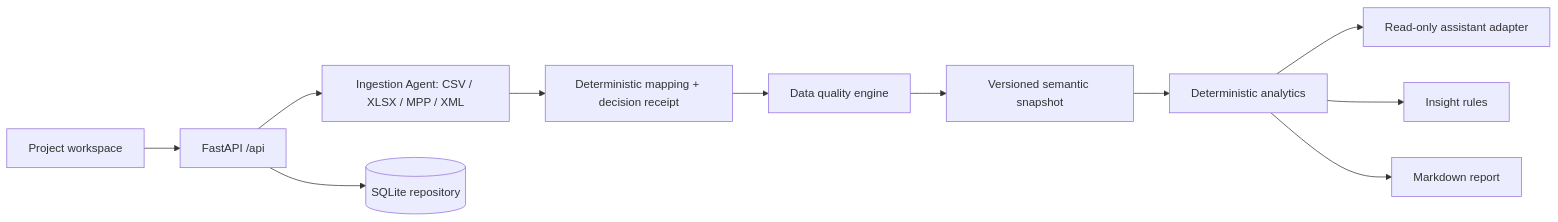
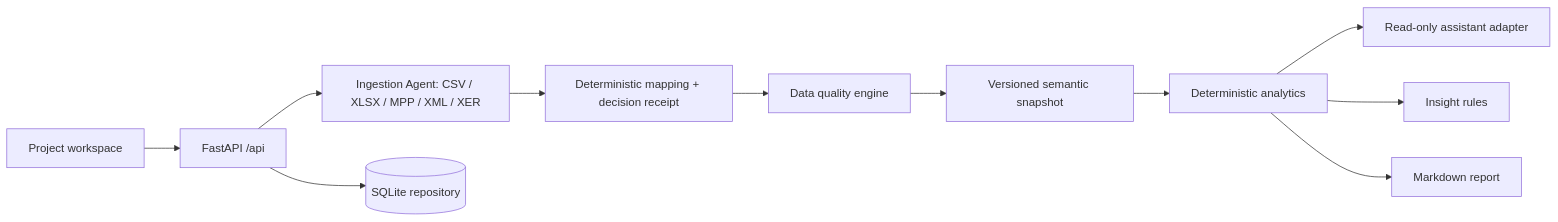
Before and after one commit to EkoSuryaHadi/ControlCheck-V2: the diagram in docs/ARCHITECTURE.md, drawn with Mermaid. The commit also changed other lines of this file and 11 other files, not shown here.

Commit message:
feat: import Primavera XER schedules

````diff
--- a/docs/ARCHITECTURE.md
+++ b/docs/ARCHITECTURE.md
@@ -6,13 +6,13 @@
 ```mermaid
 flowchart LR
   UI[Project workspace] --> API[FastAPI /api]
-  API --> Import[Ingestion Agent: CSV / XLSX / MPP / XML]
+  API --> Import[Ingestion Agent: CSV / XLSX / MPP / XML / XER]
   Import --> Mapping[Deterministic mapping + decision receipt]
   Mapping --> Quality[Data quality engine]
   Quality --> Model[Versioned semantic snapshot]
   Model --> Analytics[Deterministic analytics]
   Analytics --> Assistant[Read-only assistant adapter]
   Analytics --> Insights[Insight rules]
   Analytics --> Report[Markdown report]
   API --> DB[(SQLite repository)]
 ```
````
